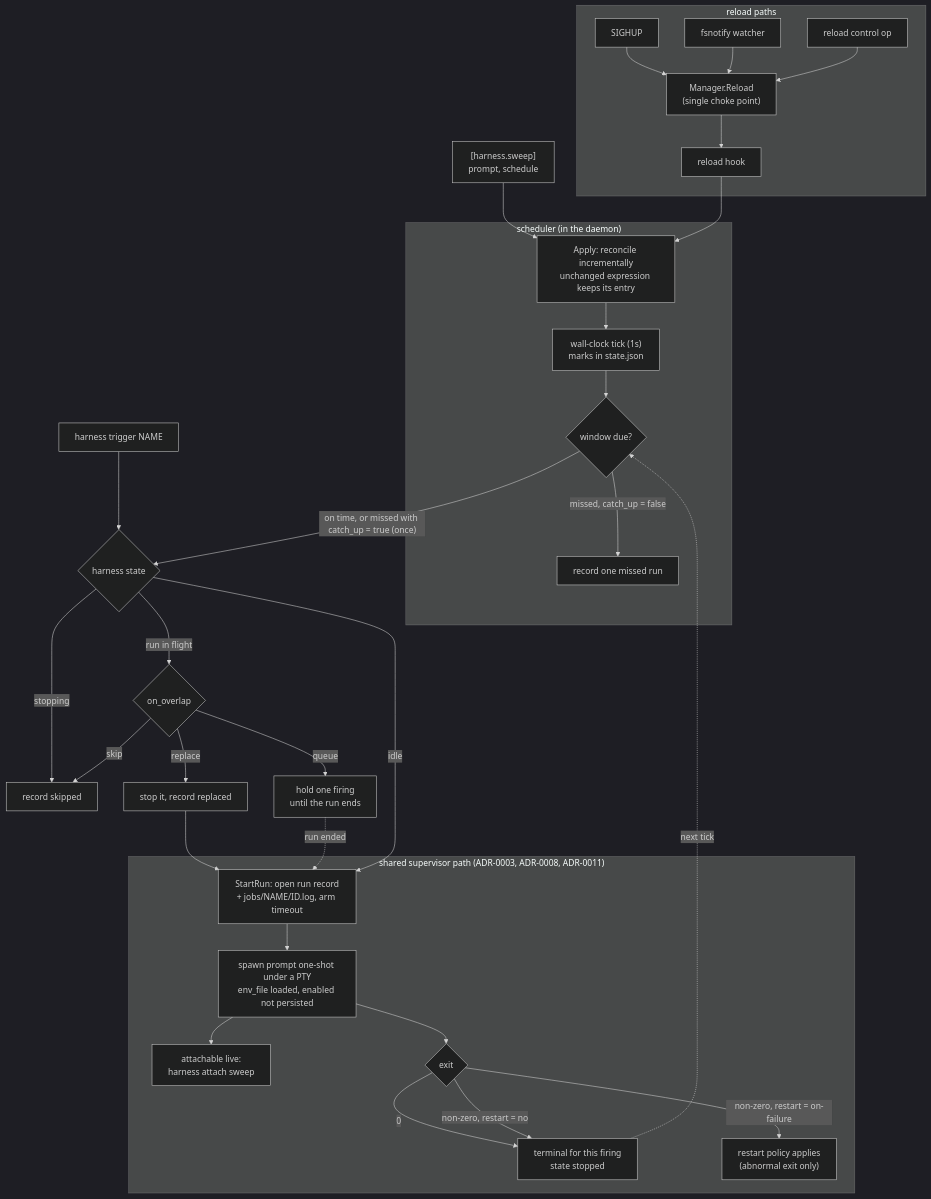
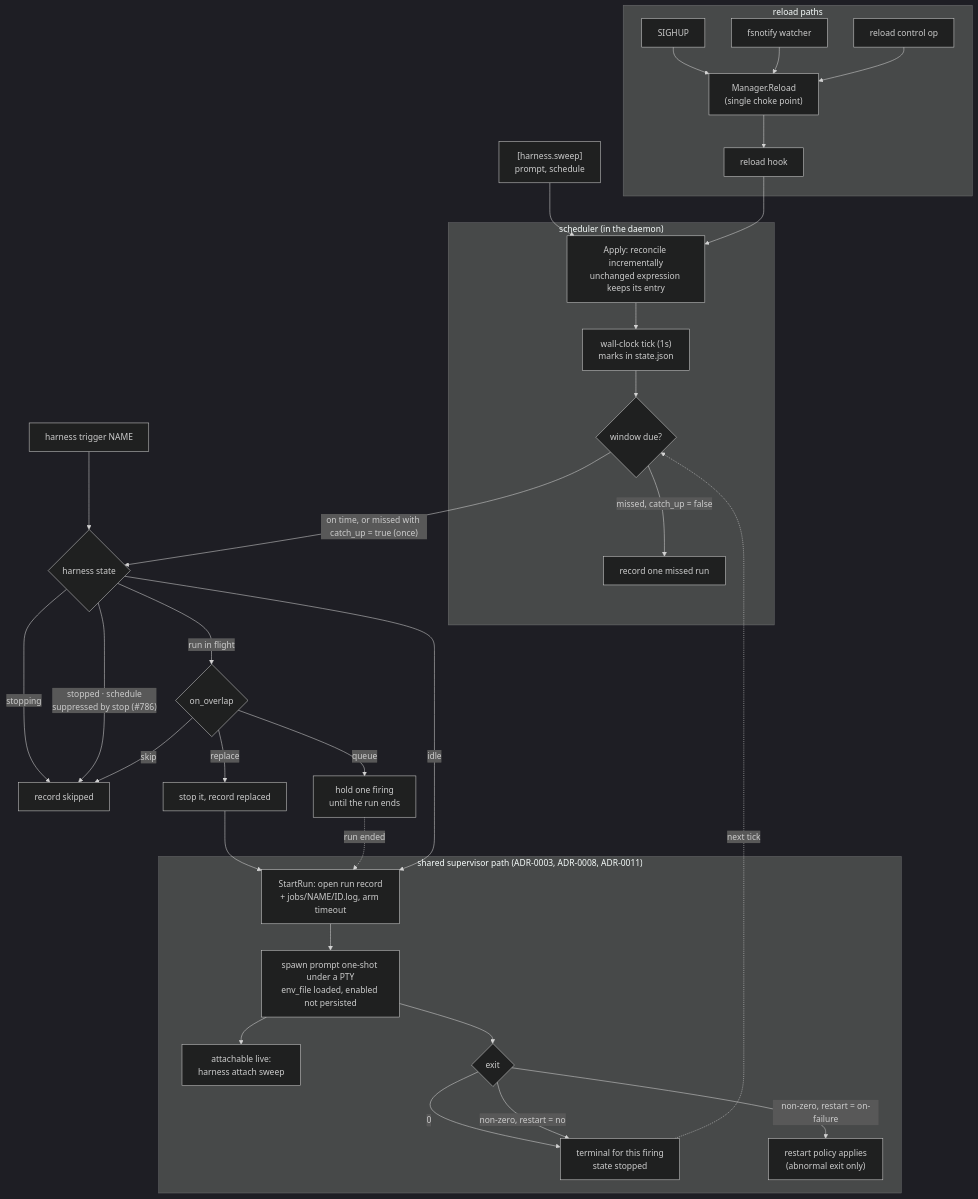
The diagram in docs/adrs/adr-0013-scheduled-one-shot-jobs.md (jbrandstetter/harness), drawn with Mermaid (dark theme) before and after one commit. The commit also changed other lines of this file and 17 other files, not shown here.

Commit message:
fix(supervisor): harness stop suppresses the schedule (#786) (#806)

````diff
--- a/docs/adrs/adr-0013-scheduled-one-shot-jobs.md
+++ b/docs/adrs/adr-0013-scheduled-one-shot-jobs.md
@@ -478,43 +481,44 @@
 ```mermaid
 flowchart TD
     C["[harness.sweep]<br/>prompt, schedule"]:::store
 
     subgraph reload["reload paths"]
         SIG["SIGHUP"]:::client --> RL
         WATCH["fsnotify watcher"]:::daemon --> RL
         OP["reload control op"]:::client --> RL
         RL["Manager.Reload<br/>(single choke point)"]:::daemon --> HOOK["reload hook"]:::daemon
     end
 
     C --> APPLY
     HOOK --> APPLY
 
     subgraph sched["scheduler (in the daemon)"]
         APPLY["Apply: reconcile incrementally<br/>unchanged expression keeps its entry"]:::daemon
         APPLY --> CRON["wall-clock tick (1s)<br/>marks in state.json"]:::daemon
         CRON --> TICK{"window due?"}
         TICK -->|"missed, catch_up = false"| MISS["record one missed run"]:::store
     end
 
     TRIG["harness trigger NAME"]:::client --> GUARD
     TICK -->|"on time, or missed with catch_up = true (once)"| GUARD{"harness state"}
     GUARD -->|"stopping"| SKIP["record skipped"]:::store
+    GUARD -->|"stopped · schedule<br/>suppressed by stop (#786)"| SKIP
     GUARD -->|"run in flight"| OVERLAP{"on_overlap"}
     OVERLAP -->|"skip"| SKIP
     OVERLAP -->|"queue"| HOLD["hold one firing<br/>until the run ends"]:::daemon
     OVERLAP -->|"replace"| REPL["stop it, record replaced"]:::daemon
     REPL --> START
     HOLD -.->|"run ended"| START
     GUARD -->|"idle"| START["StartRun: open run record<br/>+ jobs/NAME/ID.log, arm timeout"]:::daemon
 
     subgraph exec["shared supervisor path (ADR-0003, ADR-0008, ADR-0011)"]
         START --> SPAWN["spawn prompt one-shot under a PTY<br/>env_file loaded, enabled not persisted"]:::agent
         SPAWN --> ATT["attachable live:<br/>harness attach sweep"]:::client
         SPAWN --> EXIT{"exit"}
         EXIT -->|"0"| DONE["terminal for this firing<br/>state stopped"]:::daemon
         EXIT -->|"non-zero, restart = on-failure"| RETRY["restart policy applies<br/>(abnormal exit only)"]:::danger
         EXIT -->|"non-zero, restart = no"| DONE
     end
 
     DONE -.->|"next tick"| TICK
 ```
````
